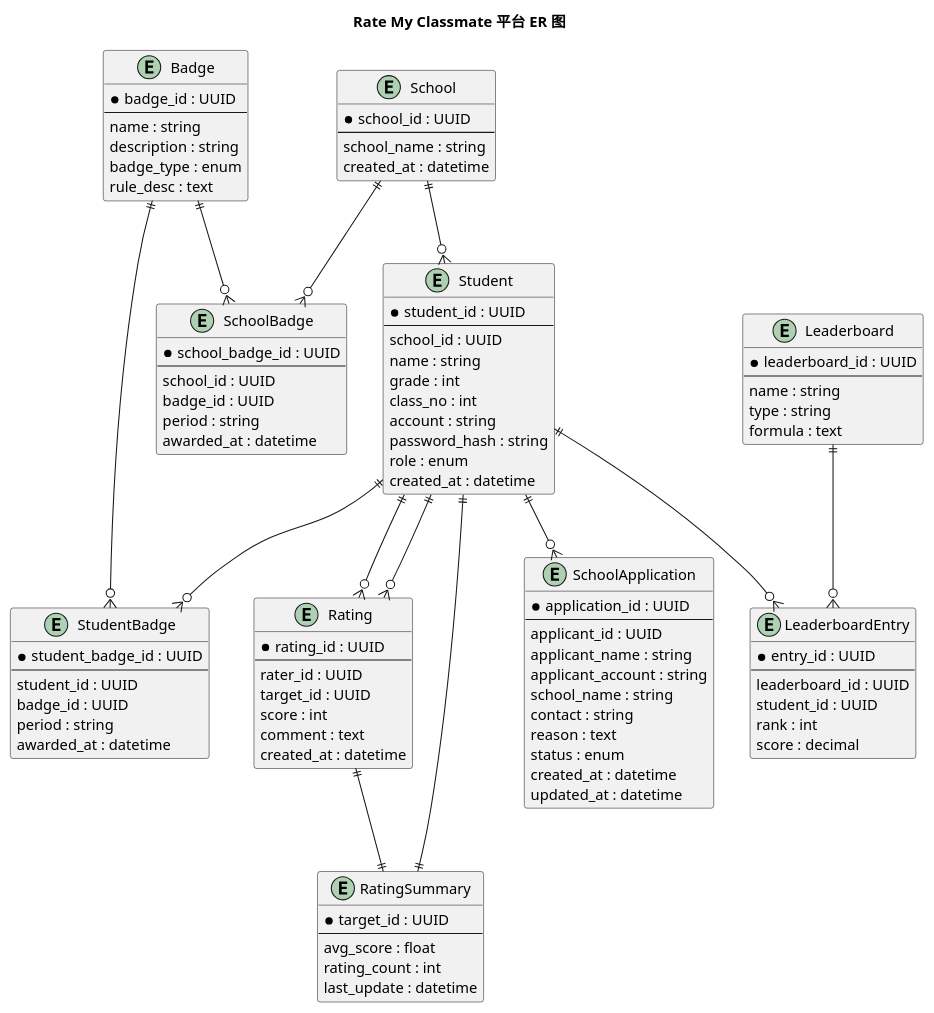
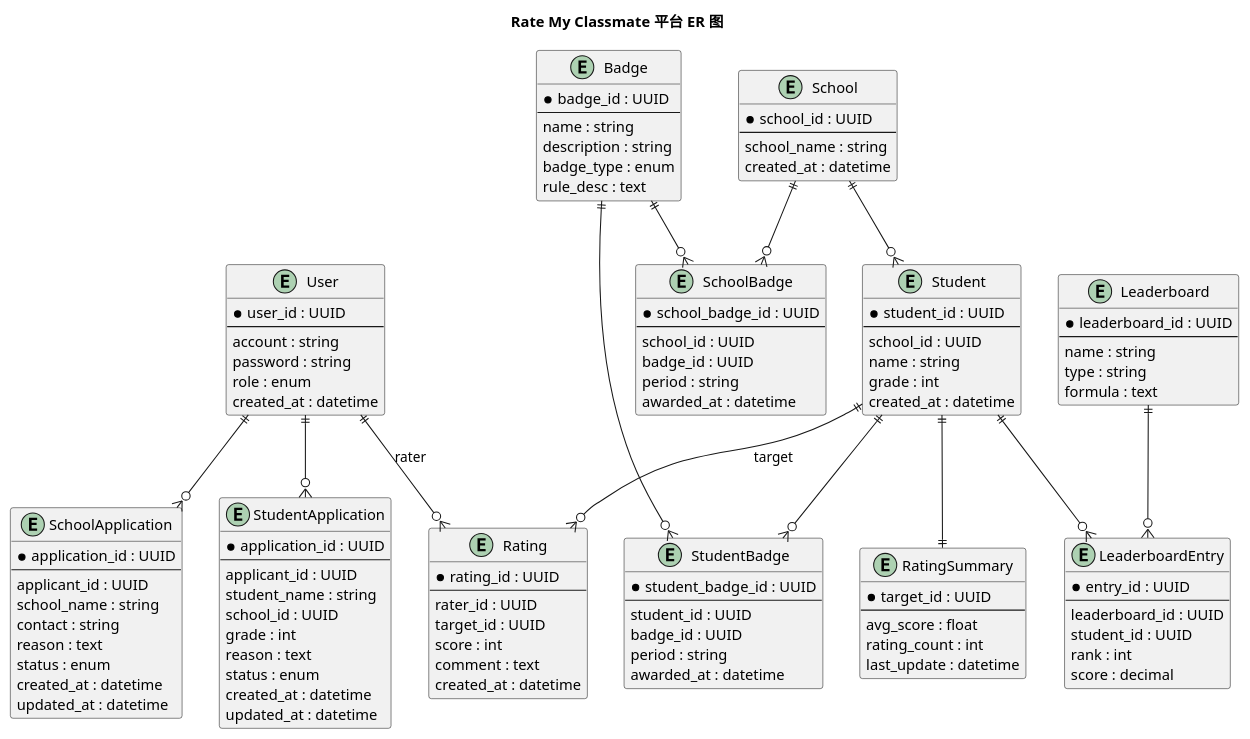
Before and after one commit to Tylerzhangyi/Rate-Classmates: the diagram in er-diagram.puml, drawn with PlantUML. The commit also changed 15 other files, not shown here.

```diff
--- a/er-diagram.puml
+++ b/er-diagram.puml
@@ -1,113 +1,129 @@
 @startuml RateMyClassmateER
 title Rate My Classmate 平台 ER 图
+
+entity User {
+  *user_id : UUID
+  ---
+  account : string
+  password : string
+  role : enum
+  created_at : datetime
+}
 
 entity Student {
   *student_id : UUID
   ---
   school_id : UUID
   name : string
   grade : int
-  class_no : int
-  account : string
-  password_hash : string
-  role : enum
   created_at : datetime
 }
 
 entity School {
   *school_id : UUID
   ---
   school_name : string
   created_at : datetime
 }
 
 entity Rating {
   *rating_id : UUID
   ---
   rater_id : UUID
   target_id : UUID
   score : int
   comment : text
   created_at : datetime
 }
 
 entity RatingSummary {
   *target_id : UUID
   ---
   avg_score : float
   rating_count : int
   last_update : datetime
 }
 
 entity Badge {
   *badge_id : UUID
   ---
   name : string
   description : string
   badge_type : enum
   rule_desc : text
 }
 
 entity StudentBadge {
   *student_badge_id : UUID
   ---
   student_id : UUID
   badge_id : UUID
   period : string
   awarded_at : datetime
 }
 
 entity SchoolBadge {
   *school_badge_id : UUID
   ---
   school_id : UUID
   badge_id : UUID
   period : string
   awarded_at : datetime
 }
 
 entity Leaderboard {
   *leaderboard_id : UUID
   ---
   name : string
   type : string
   formula : text
 }
 
 entity LeaderboardEntry {
   *entry_id : UUID
   ---
   leaderboard_id : UUID
   student_id : UUID
   rank : int
   score : decimal
 }
 
 entity SchoolApplication {
   *application_id : UUID
   ---
   applicant_id : UUID
-  applicant_name : string
-  applicant_account : string
   school_name : string
   contact : string
   reason : text
   status : enum
   created_at : datetime
   updated_at : datetime
 }
 
+entity StudentApplication {
+  *application_id : UUID
+  ---
+  applicant_id : UUID
+  student_name : string
+  school_id : UUID
+  grade : int
+  reason : text
+  status : enum
+  created_at : datetime
+  updated_at : datetime
+}
+
 School ||--o{ Student
-Student ||--o{ Rating
-Student ||--o{ Rating
+User ||--o{ Rating : rater
+Student ||--o{ Rating : target
 Student ||--|| RatingSummary
-Rating ||--|| RatingSummary
 Student ||--o{ StudentBadge
 Badge ||--o{ StudentBadge
 School ||--o{ SchoolBadge
 Badge ||--o{ SchoolBadge
 Leaderboard ||--o{ LeaderboardEntry
 Student ||--o{ LeaderboardEntry
-Student ||--o{ SchoolApplication
+User ||--o{ SchoolApplication
+User ||--o{ StudentApplication
 
 @enduml
```
